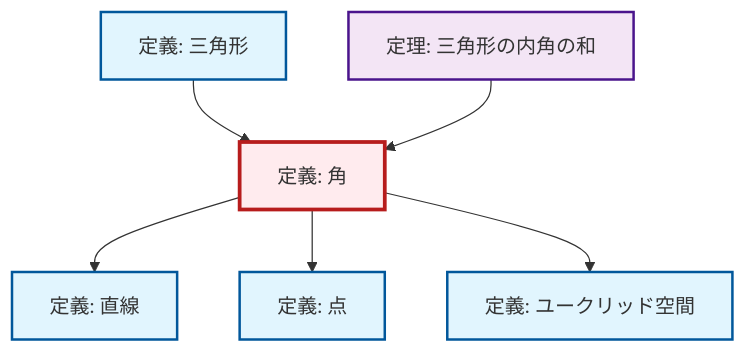
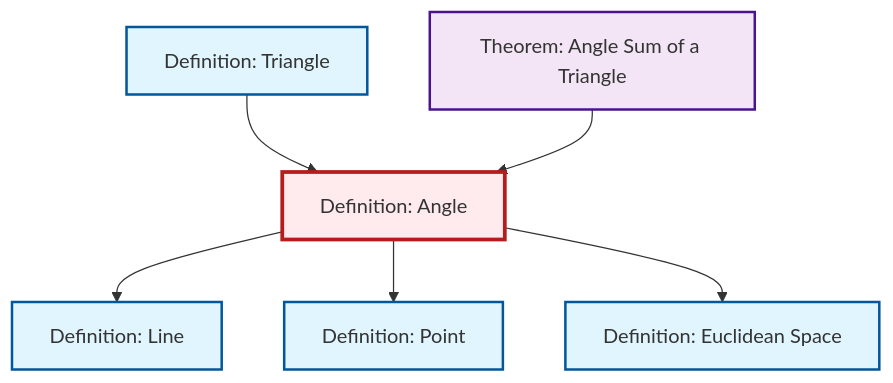
Before and after one commit to RK0429/ModernMath: the diagram in content/ja/geometry/def-angle.qmd, drawn with Mermaid. The commit also changed 203 other files, not shown here.

````diff
--- a/content/ja/geometry/def-angle.qmd
+++ b/content/ja/geometry/def-angle.qmd
@@ -50,27 +50,21 @@
 ```{mermaid}
-%%| fig-cap: "局所依存関係グラフ"
+%%| fig-cap: "Local dependency graph"
 graph TD
     classDef definition fill:#e1f5fe,stroke:#01579b,stroke-width:2px
     classDef theorem fill:#f3e5f5,stroke:#4a148c,stroke-width:2px
     classDef axiom fill:#fff3e0,stroke:#e65100,stroke-width:2px
     classDef example fill:#e8f5e9,stroke:#1b5e20,stroke-width:2px
     classDef current fill:#ffebee,stroke:#b71c1c,stroke-width:3px
-    thm-angle-sum-triangle["定理: 三角形の内角の和"]:::theorem
-    def-triangle["定義: 三角形"]:::definition
-    def-angle["定義: 角"]:::definition
-    def-euclidean-space["定義: ユークリッド空間"]:::definition
-    def-point["定義: 点"]:::definition
-    def-line["定義: 直線"]:::definition
+    thm-angle-sum-triangle["Theorem: Angle Sum of a Triangle"]:::theorem
+    def-triangle["Definition: Triangle"]:::definition
+    def-angle["Definition: Angle"]:::definition
+    def-euclidean-space["Definition: Euclidean Space"]:::definition
+    def-point["Definition: Point"]:::definition
+    def-line["Definition: Line"]:::definition
     def-angle --> def-line
     def-triangle --> def-angle
     def-angle --> def-point
     def-angle --> def-euclidean-space
     thm-angle-sum-triangle --> def-angle
     class def-angle current
-
-    click thm-angle-sum-triangle "thm-angle-sum-triangle.html" "Go to 定理: 三角形の内角の和"
-    click def-triangle "def-triangle.html" "Go to 定義: 三角形"
-    click def-euclidean-space "def-euclidean-space.html" "Go to 定義: ユークリッド空間"
-    click def-point "def-point.html" "Go to 定義: 点"
-    click def-line "def-line.html" "Go to 定義: 直線"
 ```
````
